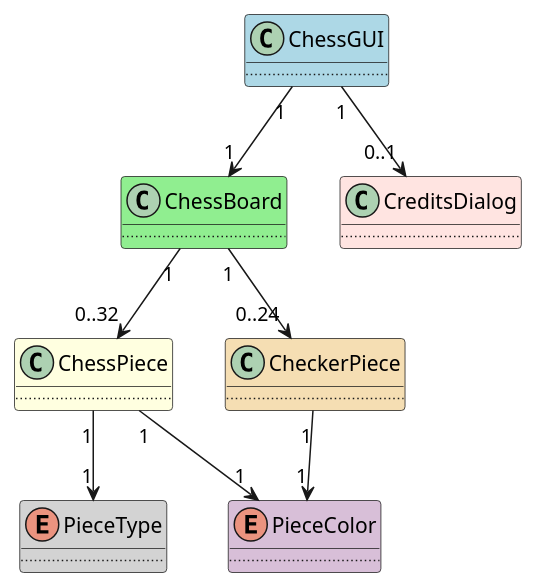
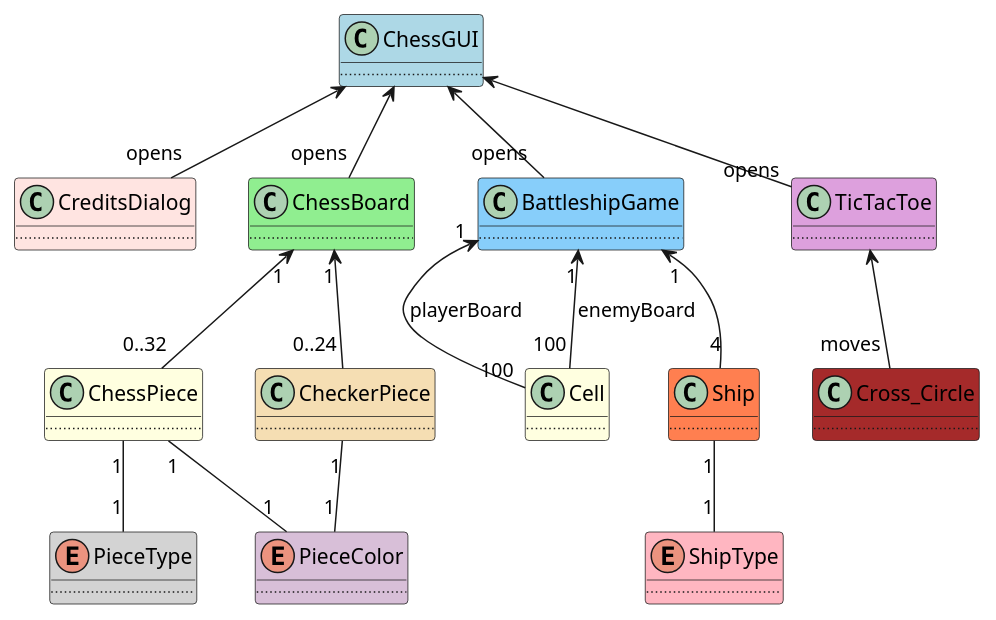
One commit to Zakinane/POO-Chess-Project changed the diagram in Diagram/diagram.plantuml. Above: the diagram before and after it, drawn with PlantUML.

```diff
--- a/Diagram/diagram.plantuml
+++ b/Diagram/diagram.plantuml
@@ -1,40 +1,72 @@
 @startuml
 skinparam classAttributeIconSize 0
 
+
+
 class ChessGUI #LightBlue {
+    ..
+}
+
+class CreditsDialog #MistyRose {
     ..
 }
 
 class ChessBoard #LightGreen {
     ..
 }
 
 class ChessPiece #LightYellow {
     ..
 }
 
 class CheckerPiece #Wheat {
     ..
 }
 
-class CreditsDialog #MistyRose {
-    ..
-}
-
 enum PieceType #LightGray {
     ..
 }
 
 enum PieceColor #Thistle {
     ..
 }
 
-ChessGUI "1" --> "1" ChessBoard
-ChessGUI "1" --> "0..1" CreditsDialog
-ChessBoard "1" --> "0..32" ChessPiece
-ChessBoard "1" --> "0..24" CheckerPiece
-ChessPiece "1" --> "1" PieceType
-ChessPiece "1" --> "1" PieceColor
-CheckerPiece "1" --> "1" PieceColor
+class BattleshipGame #lightskyblue {
+    ..
+}
 
+class Cell #LightYellow {
+    ..
+}
+
+class Ship #Coral {
+    ..
+}
+
+enum ShipType #LightPink {
+    ..
+}
+
+class TicTacToe #plum {
+    ..
+}
+
+class Cross_Circle #Brown {
+    ..
+}
+
+ChessGUI  <-- "opens" ChessBoard
+ChessGUI  <-- "opens"  CreditsDialog
+ChessGUI  <-- "opens"  BattleshipGame
+ChessGUI  <-- "opens"  TicTacToe
+ChessBoard "1" <-- "0..32" ChessPiece
+ChessBoard "1" <-- "0..24" CheckerPiece
+ChessPiece "1" -- "1" PieceType
+ChessPiece "1" -- "1" PieceColor
+CheckerPiece "1" -- "1" PieceColor
+BattleshipGame "1" <-- "100" Cell : playerBoard
+BattleshipGame  "1"  <-- "100" Cell : enemyBoard
+BattleshipGame "1" <-- "4" Ship
+Ship "1" -- "1" ShipType
+TicTacToe  <-- "moves" Cross_Circle
 @enduml
```
